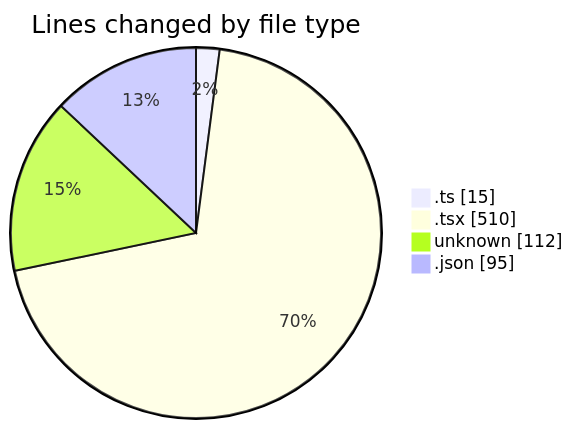
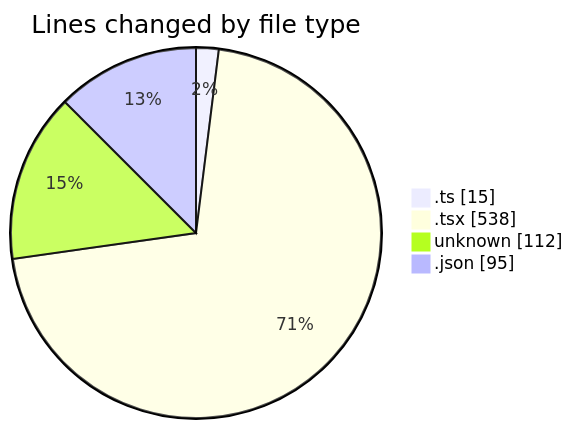
One commit to momahboobian/code-tracking changed the first of 2 diagrams in 2026-04-29/cda/README.md. Above: the diagram before and after it, drawn with Mermaid. The commit also changed other lines of this file and 1 other file, not shown here.

````diff
--- a/2026-04-29/cda/README.md
+++ b/2026-04-29/cda/README.md
@@ -28,8 +28,8 @@
 ```mermaid
 pie showData
 title Lines changed by file type
 ".ts" : 15
-".tsx" : 510
+".tsx" : 538
 "unknown" : 112
 ".json" : 95
 ```
````
